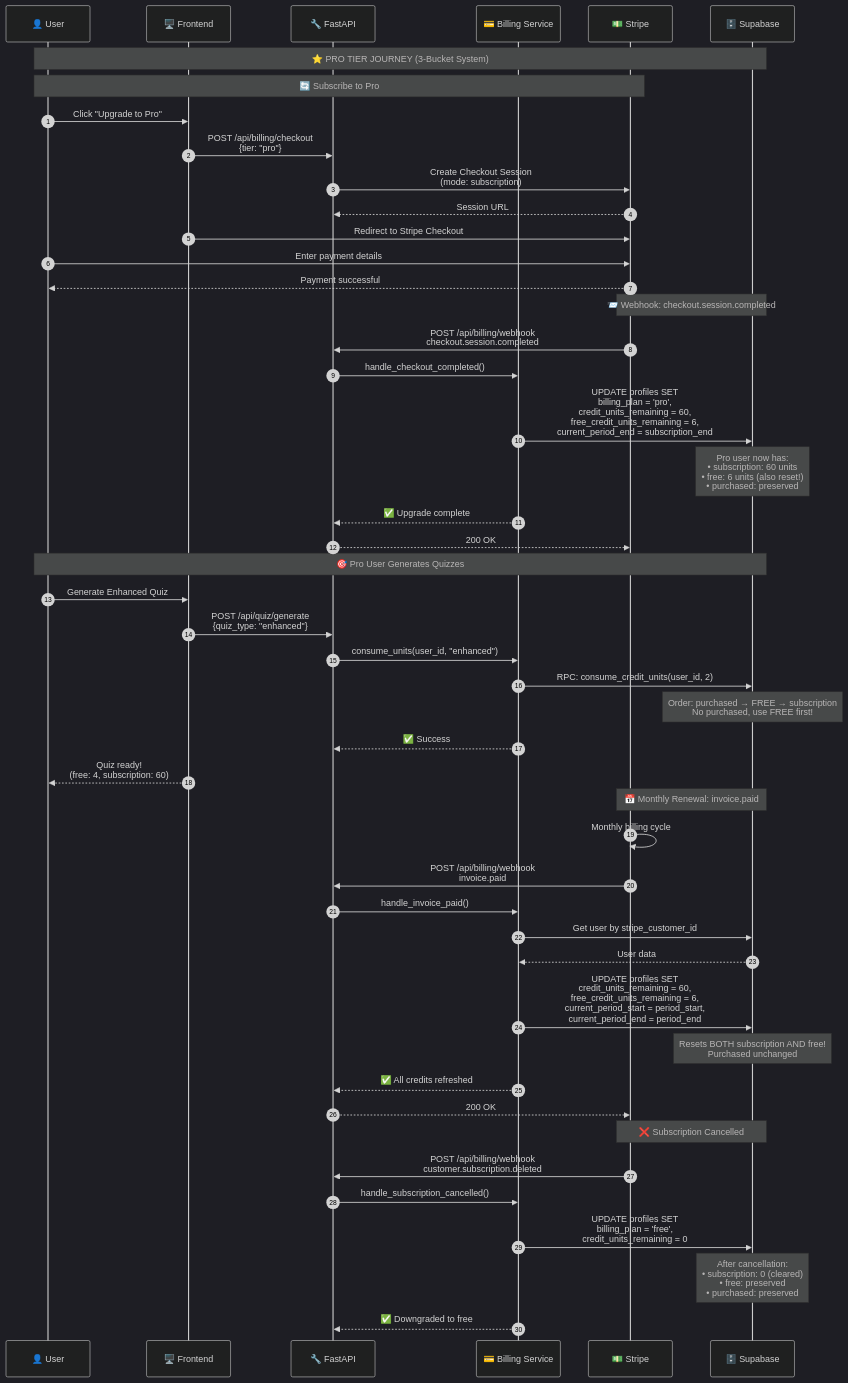
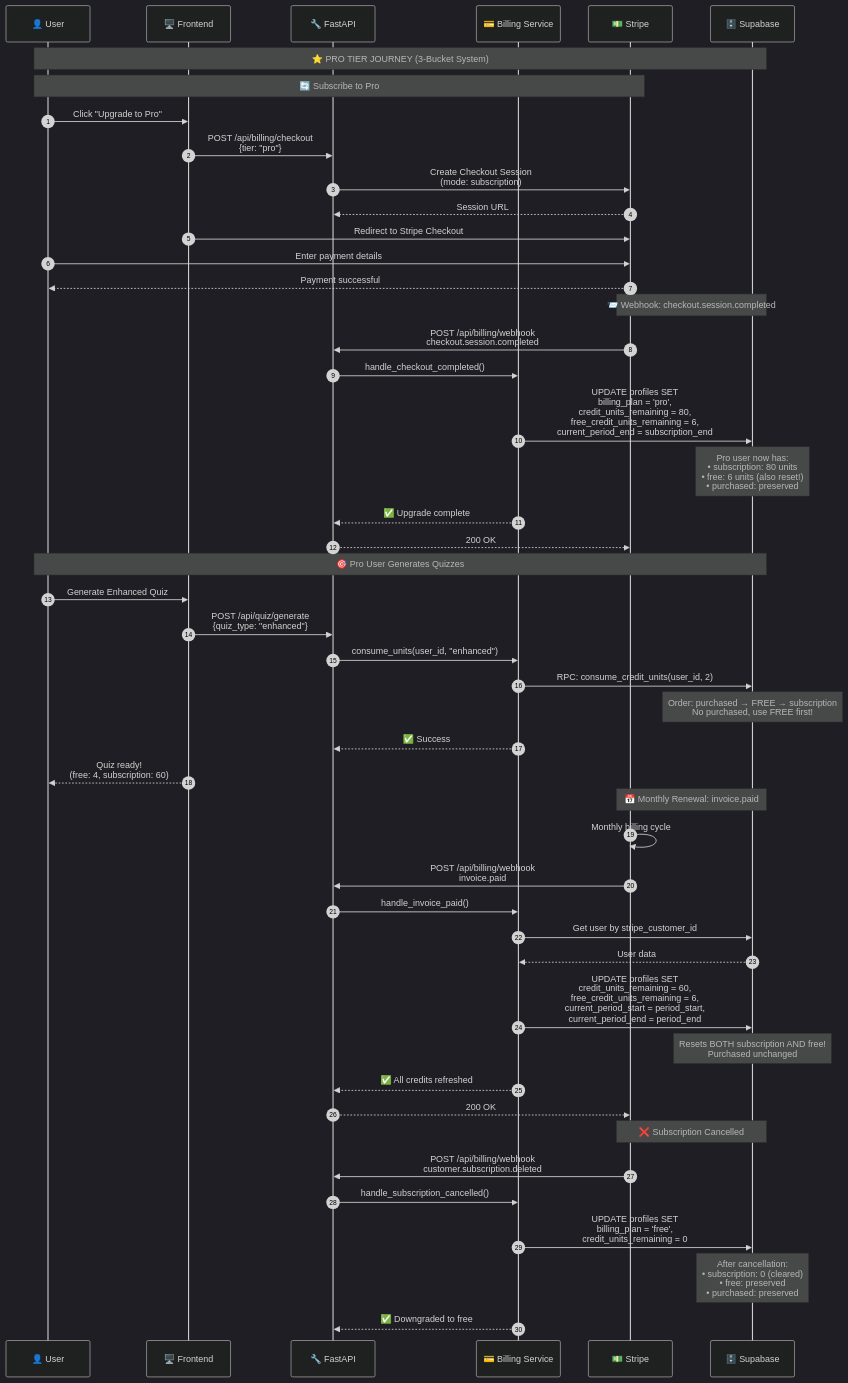
Before and after one commit to Ankit-Mehra/quizify: the third of 13 diagrams in docs/BILLING_USER_JOURNEYS.md, drawn with Mermaid. The commit also changed other lines of this file and 37 other files, not shown here.

````diff
--- a/docs/BILLING_USER_JOURNEYS.md
+++ b/docs/BILLING_USER_JOURNEYS.md
@@ -162,74 +162,74 @@
 ```mermaid
 %%{init: {'theme': 'dark'}}%%
 sequenceDiagram
     autonumber
     participant User as 👤 User
     participant Frontend as 🖥️ Frontend
     participant API as 🔧 FastAPI
     participant Billing as 💳 Billing Service
     participant Stripe as 💵 Stripe
     participant Supabase as 🗄️ Supabase
 
     Note over User,Supabase: ⭐ PRO TIER JOURNEY (3-Bucket System)
 
     %% ── Upgrade Flow ──────────────────────────────
     Note over User,Stripe: 🔄 Subscribe to Pro
     User->>Frontend: Click "Upgrade to Pro"
     Frontend->>API: POST /api/billing/checkout<br/>{tier: "pro"}
     API->>Stripe: Create Checkout Session<br/>(mode: subscription)
     Stripe-->>API: Session URL
     Frontend->>Stripe: Redirect to Stripe Checkout
     User->>Stripe: Enter payment details
     Stripe-->>User: Payment successful
 
     %% ── Webhook Processing ────────────────────────
     Note over Stripe,Supabase: 📨 Webhook: checkout.session.completed
     Stripe->>API: POST /api/billing/webhook<br/>checkout.session.completed
     API->>Billing: handle_checkout_completed()
     
-    Billing->>Supabase: UPDATE profiles SET<br/>billing_plan = 'pro',<br/>credit_units_remaining = 60,<br/>free_credit_units_remaining = 6,<br/>current_period_end = subscription_end
+    Billing->>Supabase: UPDATE profiles SET<br/>billing_plan = 'pro',<br/>credit_units_remaining = 80,<br/>free_credit_units_remaining = 6,<br/>current_period_end = subscription_end
     
-    Note over Supabase: Pro user now has:<br/>• subscription: 60 units<br/>• free: 6 units (also reset!)<br/>• purchased: preserved
+    Note over Supabase: Pro user now has:<br/>• subscription: 80 units<br/>• free: 6 units (also reset!)<br/>• purchased: preserved
     
     Billing-->>API: ✅ Upgrade complete
     API-->>Stripe: 200 OK
 
     %% ── Pro Usage ─────────────────────────────────
     Note over User,Supabase: 🎯 Pro User Generates Quizzes
     User->>Frontend: Generate Enhanced Quiz
     Frontend->>API: POST /api/quiz/generate<br/>{quiz_type: "enhanced"}
     API->>Billing: consume_units(user_id, "enhanced")
     Billing->>Supabase: RPC: consume_credit_units(user_id, 2)
     
     Note over Supabase: Order: purchased → FREE → subscription<br/>No purchased, use FREE first!
     
     Billing-->>API: ✅ Success
     Frontend-->>User: Quiz ready!<br/>(free: 4, subscription: 60)
 
     %% ── Pro Monthly Reset (via Invoice) ──────────
     Note over Stripe,Supabase: 📅 Monthly Renewal: invoice.paid
     Stripe->>Stripe: Monthly billing cycle
     Stripe->>API: POST /api/billing/webhook<br/>invoice.paid
     API->>Billing: handle_invoice_paid()
     
     Billing->>Supabase: Get user by stripe_customer_id
     Supabase-->>Billing: User data
     
     Billing->>Supabase: UPDATE profiles SET<br/>credit_units_remaining = 60,<br/>free_credit_units_remaining = 6,<br/>current_period_start = period_start,<br/>current_period_end = period_end
     
     Note over Supabase: Resets BOTH subscription AND free!<br/>Purchased unchanged
     
     Billing-->>API: ✅ All credits refreshed
     API-->>Stripe: 200 OK
 
     %% ── Cancellation ──────────────────────────────
     Note over Stripe,Supabase: ❌ Subscription Cancelled
     Stripe->>API: POST /api/billing/webhook<br/>customer.subscription.deleted
     API->>Billing: handle_subscription_cancelled()
     
     Billing->>Supabase: UPDATE profiles SET<br/>billing_plan = 'free',<br/>credit_units_remaining = 0
     
     Note over Supabase: After cancellation:<br/>• subscription: 0 (cleared)<br/>• free: preserved<br/>• purchased: preserved
     
     Billing-->>API: ✅ Downgraded to free
 ```
````
